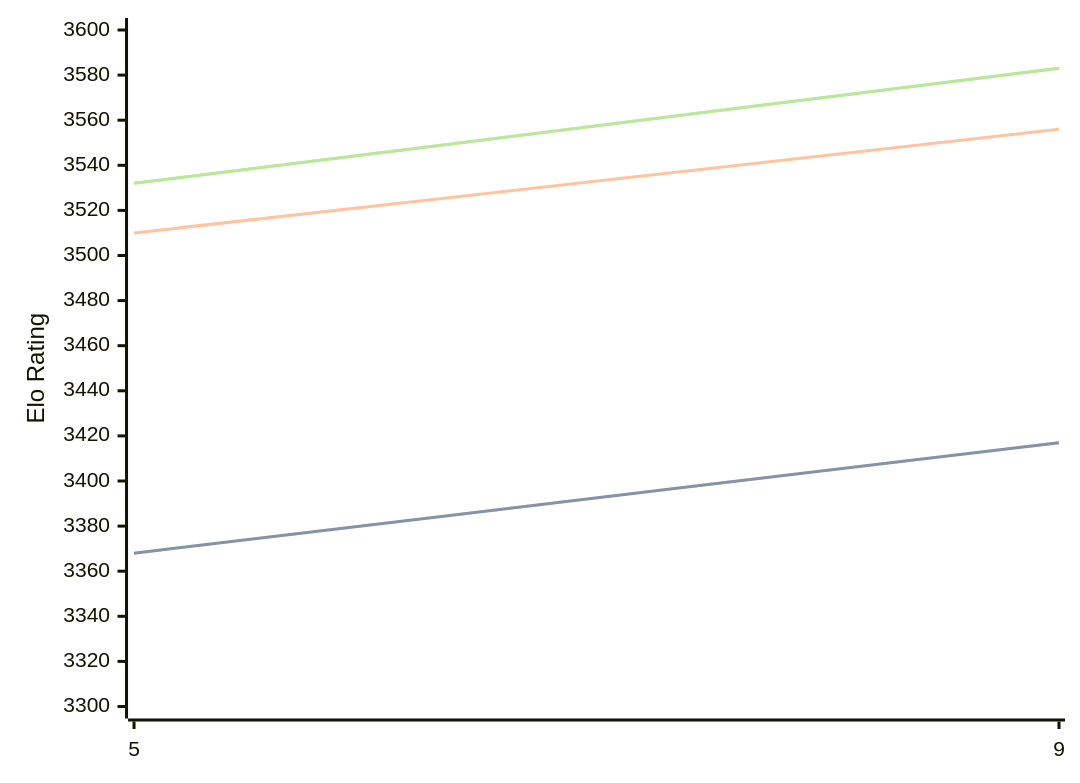
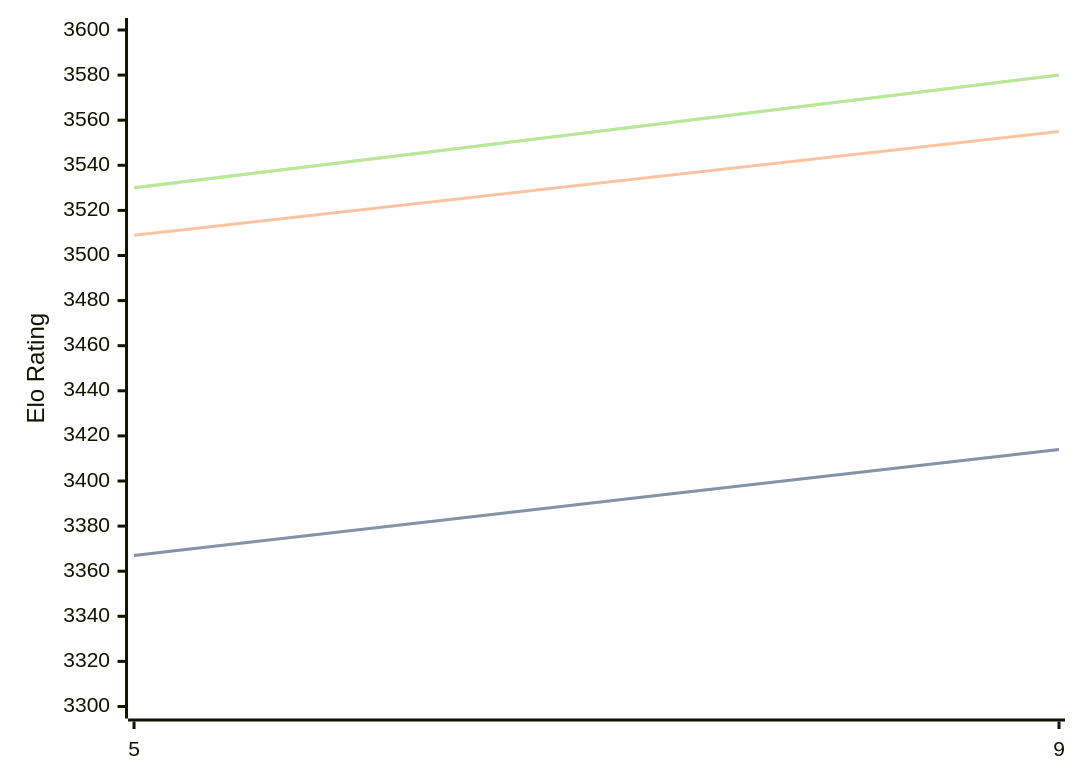
One commit to computer-chess-index/cci changed the diagram in engines/Crystal.md. Above: the diagram before and after it, drawn with Mermaid. The commit also changed other lines of this file, not shown here.

Commit message:
Update CCI Ratings (ELO VLTC) - 2026-08-12

````diff
--- a/engines/Crystal.md
+++ b/engines/Crystal.md
@@ -32,11 +32,11 @@
 ```mermaid
 %%{init: {"theme":"base","themeVariables":{"seriesColors:['#a3a3a3','#222221','#faa371']}}}%%
 xychart-beta
   x-axis ["5", "9"]
   y-axis "Elo Rating" 3300 --> 3600
-  line "STC (8.0+0.08s)" [3368, 3417]
-  line "STC (8.0+0.08s)" [3368, 3417]
-  line "LTC (60.0+0.60s)" [3510, 3556]
-  line "VLTC (2m24s+1.12s)" [3532, 3583]
-  line "VLTC (2m24s+1.12s)" [3532, 3583]
+  line "STC (8.0+0.08s)" [3367, 3414]
+  line "STC (8.0+0.08s)" [3367, 3414]
+  line "LTC (60.0+0.60s)" [3509, 3555]
+  line "VLTC (2m24s+1.12s)" [3530, 3580]
+  line "VLTC (2m24s+1.12s)" [3530, 3580]
 ```
````
